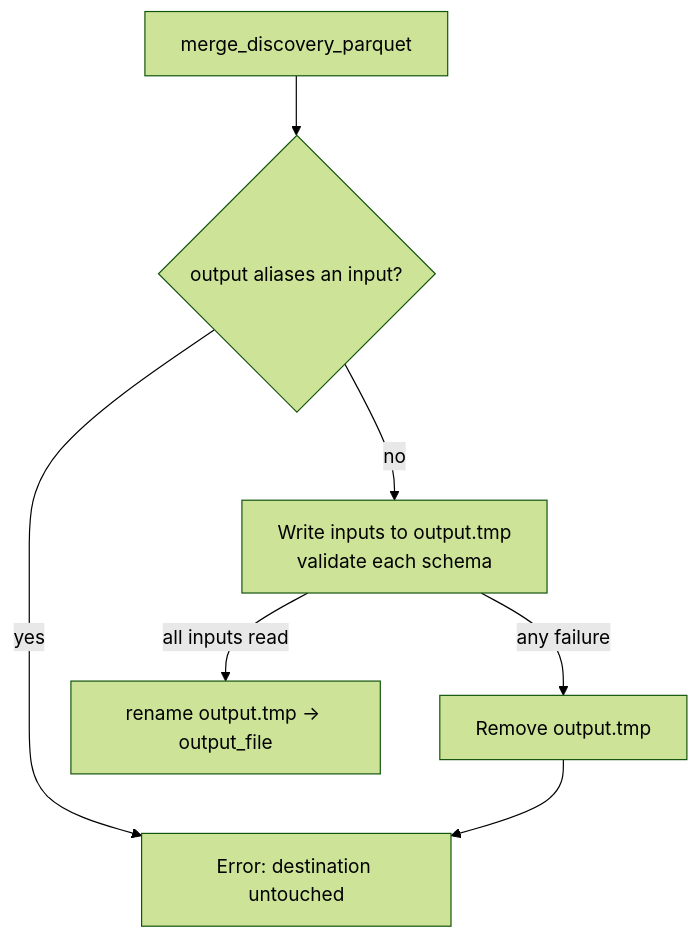
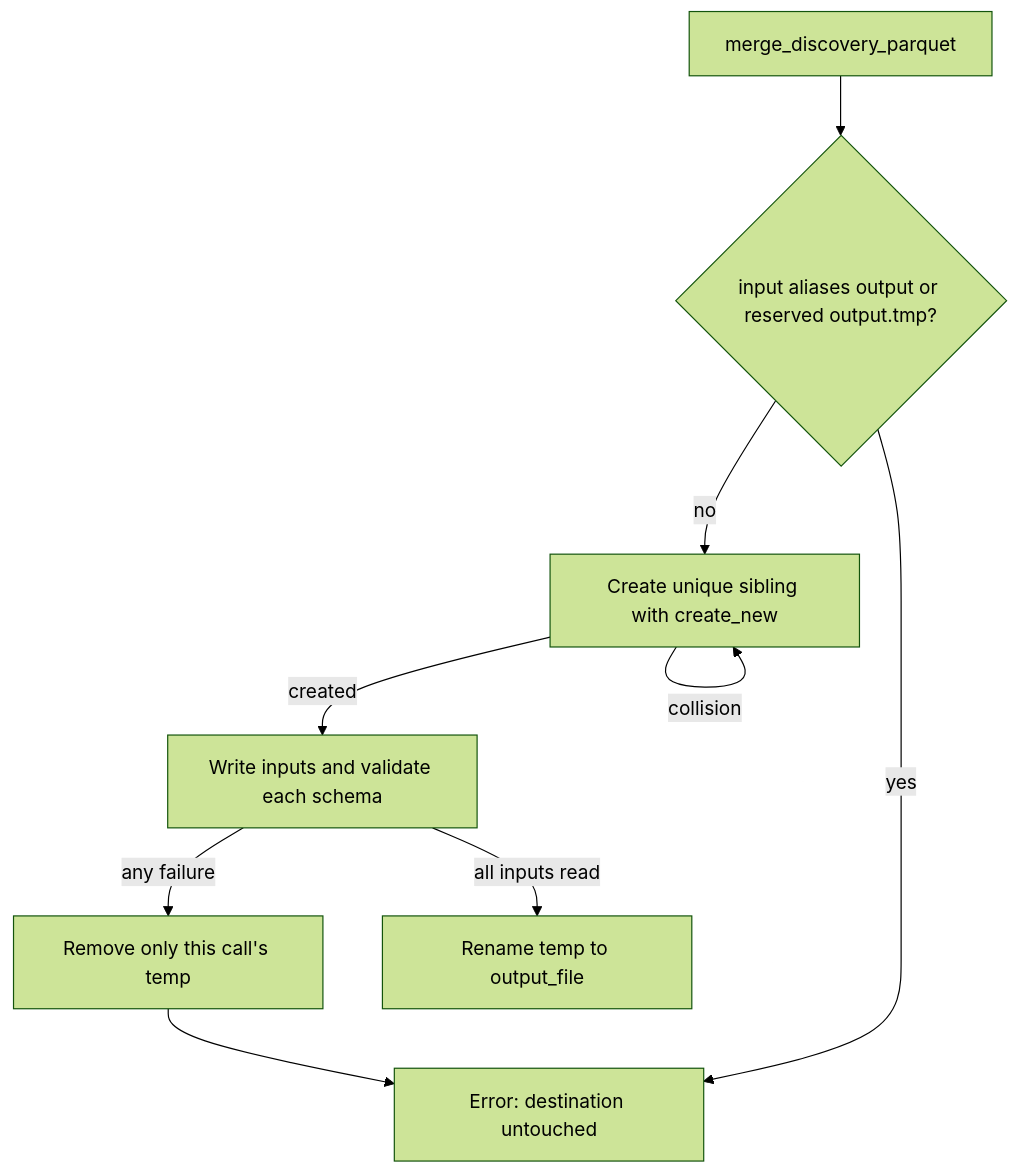
Before and after one commit to stSoftwareAU/NEAT-AI-Discovery: the first of 10 diagrams in docs/FFI_API.md, drawn with Mermaid (forest theme). The commit also changed other lines of this file and 4 other files, not shown here.

````diff
--- a/docs/FFI_API.md
+++ b/docs/FFI_API.md
@@ -45,8 +49,10 @@
 ```mermaid
 flowchart TD
-    A[merge_discovery_parquet] --> B{output aliases an input?}
+    A[merge_discovery_parquet] --> B{input aliases output or reserved output.tmp?}
     B -- yes --> E[Error: destination untouched]
-    B -- no --> C[Write inputs to output.tmp<br/>validate each schema]
-    C -- any failure --> D[Remove output.tmp] --> E
-    C -- all inputs read --> F[rename output.tmp → output_file]
+    B -- no --> C[Create unique sibling with create_new]
+    C -- collision --> C
+    C -- created --> D[Write inputs and validate each schema]
+    D -- any failure --> F[Remove only this call's temp] --> E
+    D -- all inputs read --> G[Rename temp to output_file]
 ```
````
